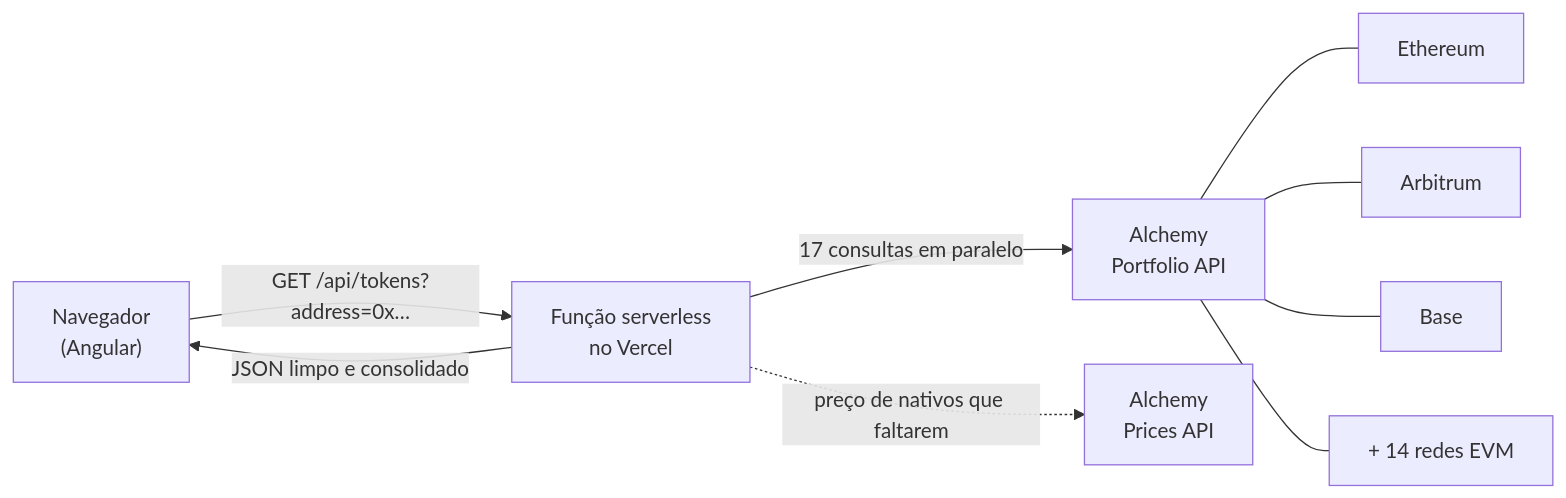
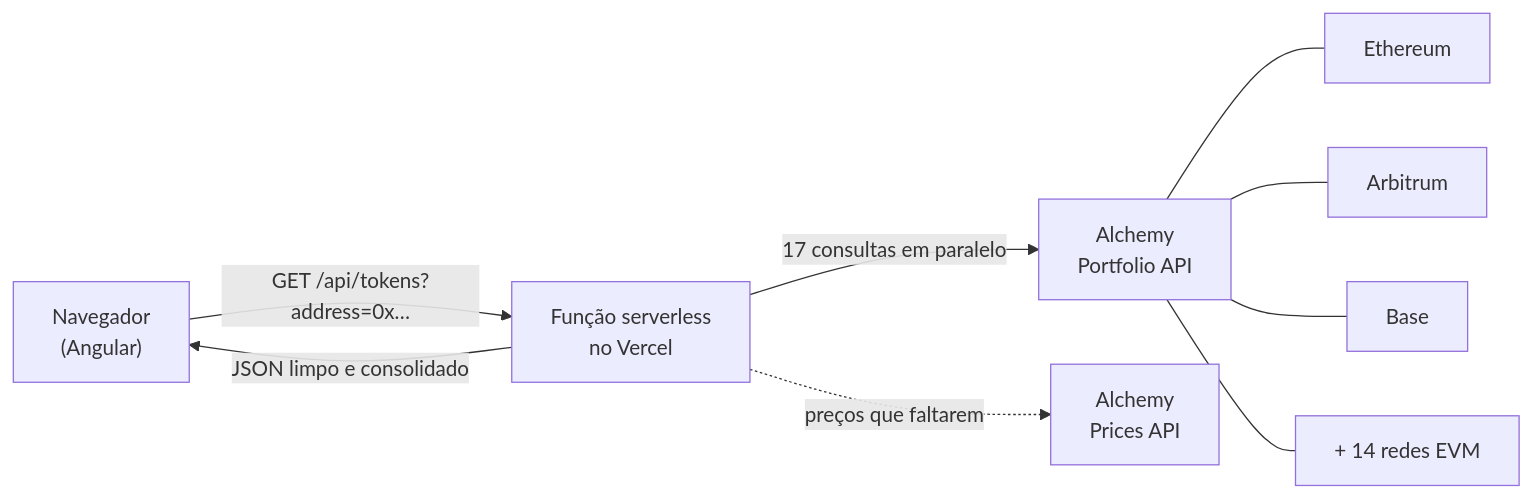
Before and after one commit to Gabriielfeliciano/DeFinance: the diagram in README.md, drawn with Mermaid. The commit also changed other lines of this file and 9 other files, not shown here.

First line of the commit message:
fix: price Robinhood Chain ERC-20s through the Prices API

````diff
--- a/README.md
+++ b/README.md
@@ -45,11 +45,11 @@
 ```mermaid
 flowchart LR
     U["Navegador<br/>(Angular)"] -->|"GET /api/tokens?address=0x…"| F["Função serverless<br/>no Vercel"]
     F -->|"17 consultas em paralelo"| A["Alchemy<br/>Portfolio API"]
     A --- E["Ethereum"]
     A --- R["Arbitrum"]
     A --- B["Base"]
     A --- M["+ 14 redes EVM"]
-    F -.->|"preço de nativos que faltarem"| P["Alchemy<br/>Prices API"]
+    F -.->|"preços que faltarem"| P["Alchemy<br/>Prices API"]
     F -->|"JSON limpo e consolidado"| U
 ```
````
